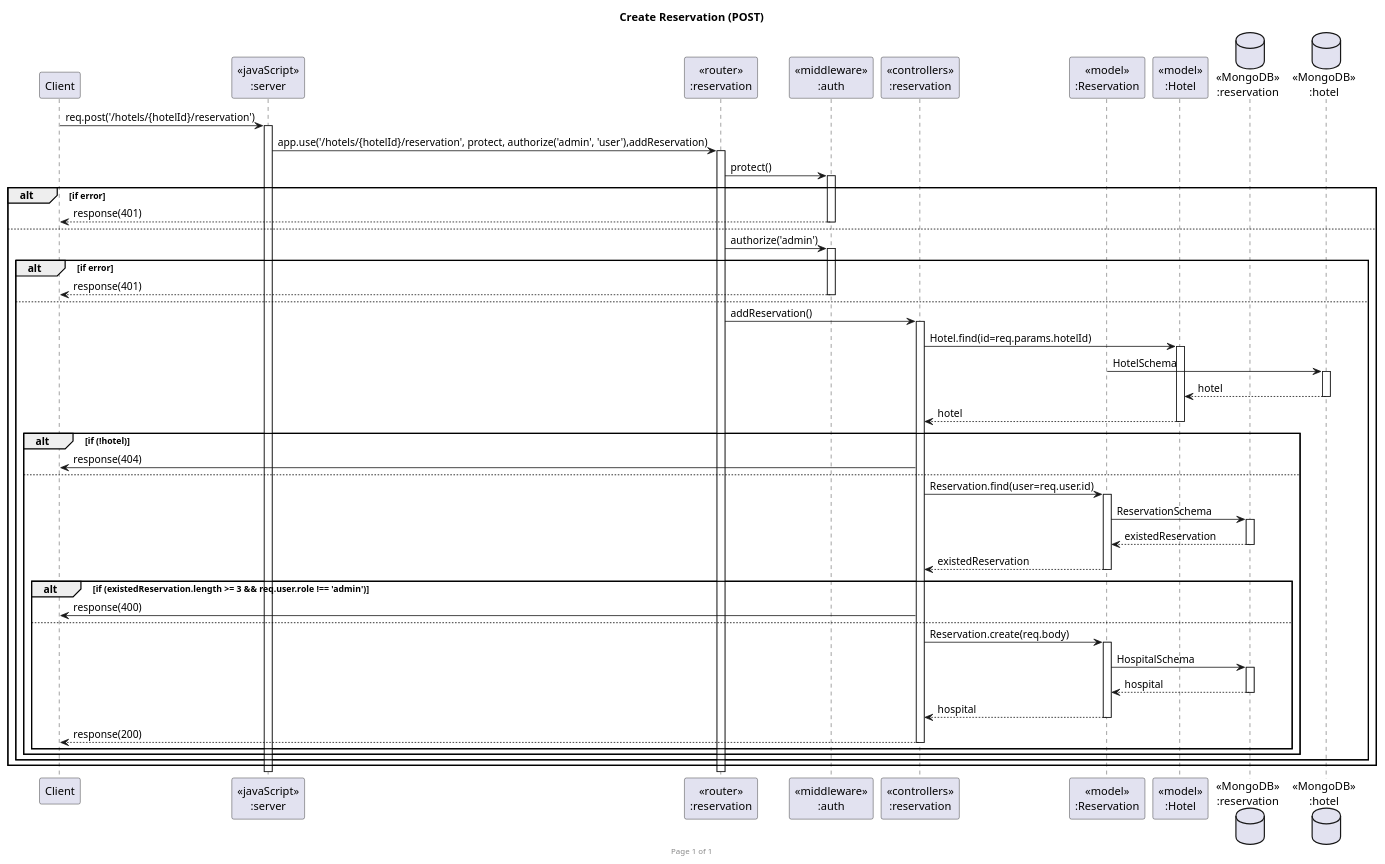
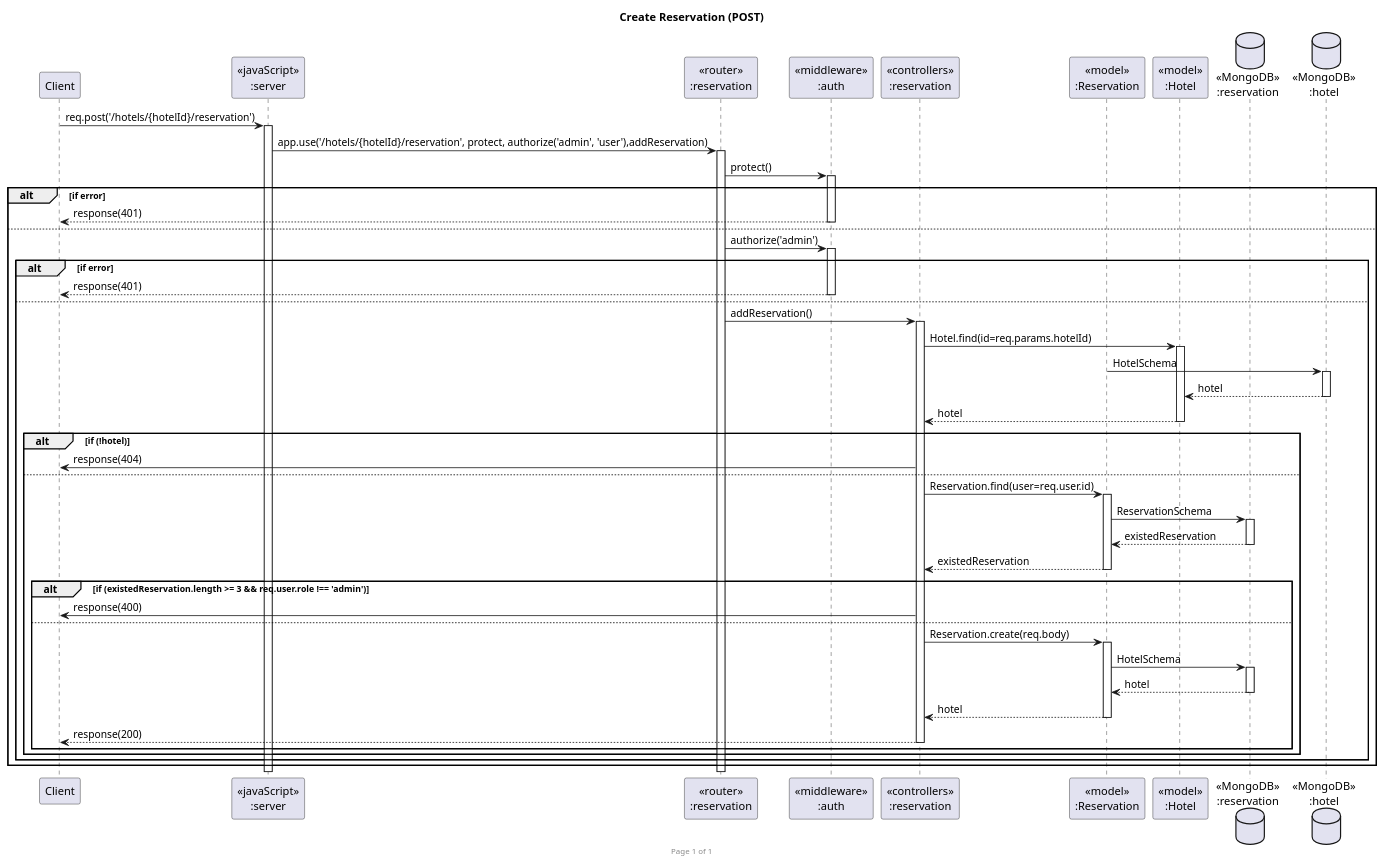
One commit to neroswords/Sw-Dev-Practice-Final-Project changed the diagram in sequence_diagram/reservation/POST_Reservation_Sequence.puml. Above: the diagram before and after it, drawn with PlantUML. The commit also changed 2 other files, not shown here.

Commit message:
fix sequence

```diff
--- a/sequence_diagram/reservation/POST_Reservation_Sequence.puml
+++ b/sequence_diagram/reservation/POST_Reservation_Sequence.puml
@@ -1,50 +1,50 @@
 @startuml Create Reservation (POST)
 
 footer Page %page% of %lastpage%
 title "Create Reservation (POST)"
 
 participant "Client" as client
 participant "<<javaScript>>\n:server" as server
 participant "<<router>>\n:reservation" as ReservationRouter
 participant "<<middleware>>\n:auth" as Middleware
 participant "<<controllers>>\n:reservation" as ReservationController
 participant "<<model>>\n:Reservation" as ReservationModel
 participant "<<model>>\n:Hotel" as HotelModel
 database "<<MongoDB>>\n:reservation" as ReservationDatabase
 database "<<MongoDB>>\n:hotel" as HotelDatabase
 
 client->server ++:req.post('/hotels/{hotelId}/reservation')
 server->ReservationRouter ++:app.use('/hotels/{hotelId}/reservation', protect, authorize('admin', 'user'),addReservation)
 ReservationRouter->Middleware ++: protect()
 alt if error
 Middleware-->client --:response(401)
 else
 ReservationRouter->Middleware ++: authorize('admin')
 alt if error
 Middleware-->client --:response(401)
 else
 ReservationRouter -> ReservationController ++:addReservation()
 ReservationController->HotelModel ++: Hotel.find(id=req.params.hotelId)
 ReservationModel ->HotelDatabase ++: HotelSchema
 HotelDatabase --> HotelModel --: hotel
 ReservationController <-- HotelModel --:hotel
 alt if (!hotel)
 ReservationController->client :response(404)
 else
 ReservationController->ReservationModel ++: Reservation.find(user=req.user.id)
 ReservationModel ->ReservationDatabase ++: ReservationSchema
 ReservationDatabase --> ReservationModel --: existedReservation
 ReservationController <-- ReservationModel --:existedReservation
 alt if (existedReservation.length >= 3 && req.user.role !== 'admin')
 ReservationController->client :response(400)
 else
 ReservationController->ReservationModel ++: Reservation.create(req.body)
-ReservationModel ->ReservationDatabase ++: HospitalSchema
-ReservationDatabase --> ReservationModel --: hospital
-ReservationController <-- ReservationModel --:hospital
+ReservationModel ->ReservationDatabase ++: HotelSchema
+ReservationDatabase --> ReservationModel --: hotel
+ReservationController <-- ReservationModel --:hotel
 ReservationController-->client --:response(200)
 end
 end
 end
 end
 @enduml
```
